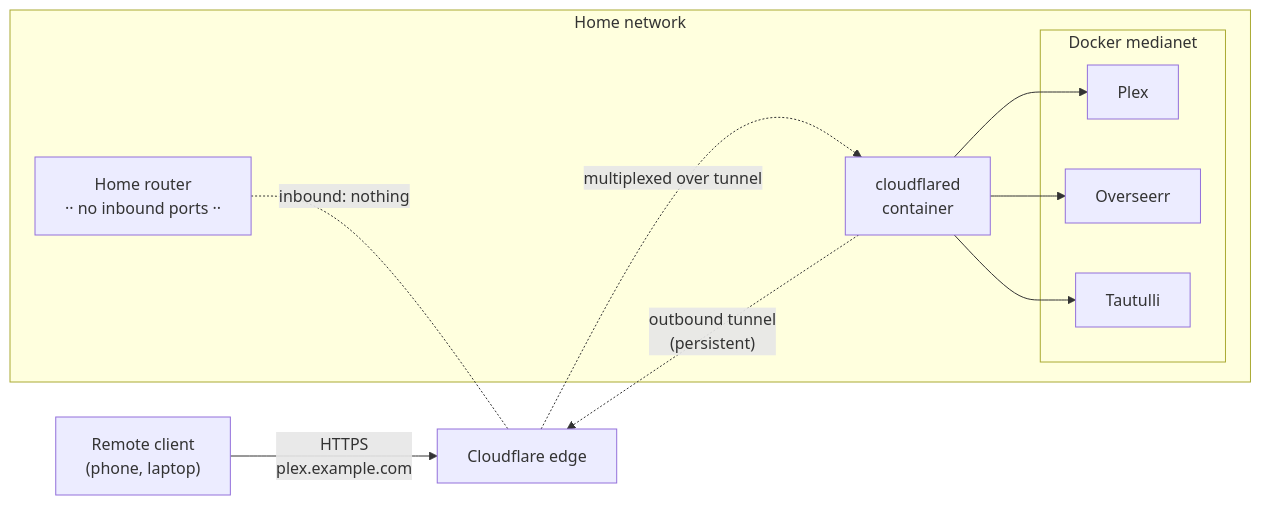
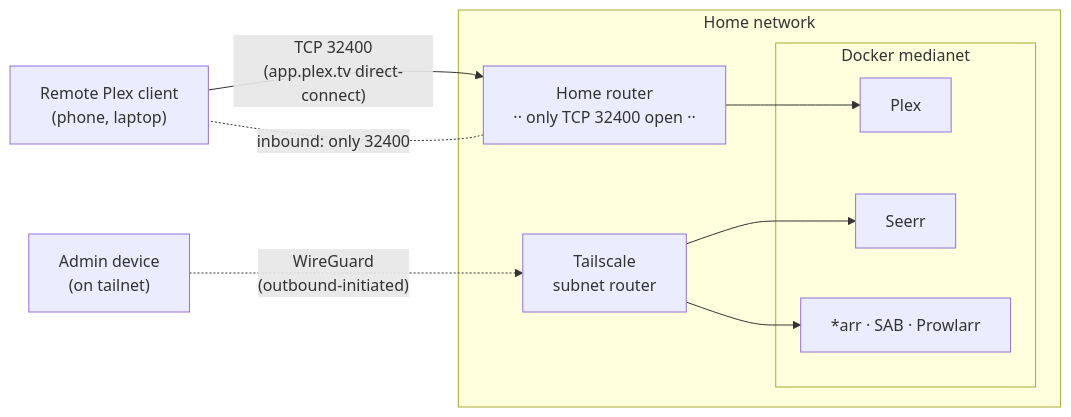
The fourth of 4 diagrams in docs/diagrams-drafts.md (mihirsathe/homeserver), drawn with Mermaid before and after one commit. The commit also changed other lines of this file and 22 other files, not shown here.

First line of the commit message:
Docs + stack: align architecture references to port-forward + Tailscale

````diff
--- a/docs/diagrams-drafts.md
+++ b/docs/diagrams-drafts.md
@@ -104,22 +104,21 @@
 ```mermaid
 flowchart LR
-    client["Remote client<br/>(phone, laptop)"]
-    cf["Cloudflare edge"]
+    client["Remote Plex client<br/>(phone, laptop)"]
+    admin["Admin device<br/>(on tailnet)"]
     subgraph home["Home network"]
-        router["Home router<br/>·· no inbound ports ··"]
-        cloudflared["cloudflared<br/>container"]
+        router["Home router<br/>·· only TCP 32400 open ··"]
+        tailscale["Tailscale<br/>subnet router"]
         subgraph stack["Docker medianet"]
             plex["Plex"]
-            osr["Overseerr"]
-            taut["Tautulli"]
+            seerr["Seerr"]
+            arr["*arr · SAB · Prowlarr"]
         end
     end
 
-    client -->|"HTTPS<br/>plex.example.com"| cf
-    cloudflared -. "outbound tunnel<br/>(persistent)" .-> cf
-    cf -. "multiplexed over tunnel" .-> cloudflared
-    cloudflared --> plex
-    cloudflared --> osr
-    cloudflared --> taut
-    router -.-|"inbound: nothing"| cf
+    client -->|"TCP 32400<br/>(app.plex.tv direct-connect)"| router
+    router --> plex
+    admin -. "WireGuard<br/>(outbound-initiated)" .-> tailscale
+    tailscale --> seerr
+    tailscale --> arr
+    router -.-|"inbound: only 32400"| client
 ```
````
